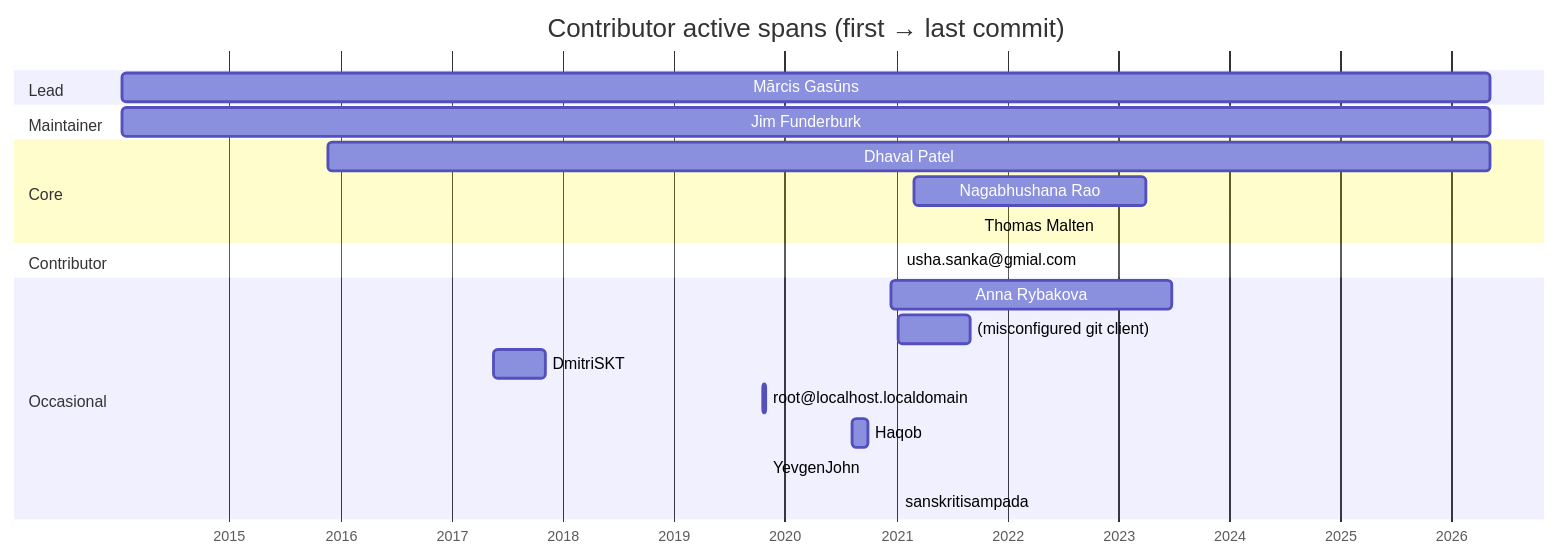
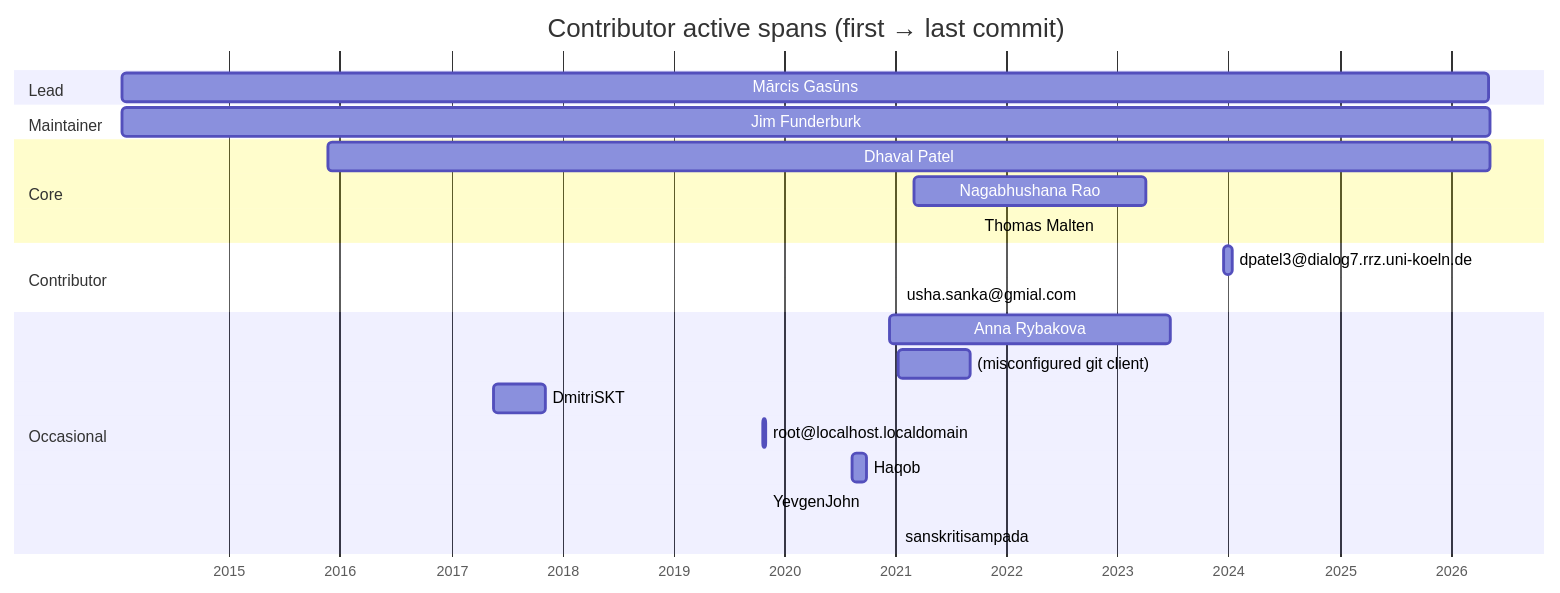
One commit to sanskrit-lexicon/csl-observatory changed the diagram in reports/timeline.md. Above: the diagram before and after it, drawn with Mermaid. The commit also changed other lines of this file and 11 other files, not shown here.

````diff
--- a/reports/timeline.md
+++ b/reports/timeline.md
@@ -7,24 +7,25 @@
 ```mermaid
 gantt
     title Contributor active spans (first → last commit)
     dateFormat YYYY-MM-DD
     axisFormat %Y
     section Lead
-    Mārcis Gasūns :2014-01-14, 2026-05-07
+    Mārcis Gasūns :2014-01-14, 2026-05-08
     section Maintainer
-    Jim Funderburk :2014-01-15, 2026-05-06
+    Jim Funderburk :2014-01-15, 2026-05-09
     section Core
-    Dhaval Patel :2015-11-24, 2026-05-06
+    Dhaval Patel :2015-11-24, 2026-05-11
     Nagabhushana Rao :2021-03-01, 2023-04-03
     Thomas Malten :2021-09-26, 2021-09-26
     section Contributor
+    dpatel3@dialog7.rrz.uni-koeln.de :2023-12-15, 2024-01-12
     usha.sanka@gmial.com :2021-01-13, 2021-01-13
     section Occasional
     Anna Rybakova :2020-12-15, 2023-06-25
     (misconfigured git client) :2021-01-09, 2021-09-03
     DmitriSKT :2017-05-18, 2017-11-05
     root@localhost.localdomain :2019-10-21, 2019-10-31
     Haqob :2020-08-11, 2020-09-30
     YevgenJohn :2019-10-31, 2019-10-31
     sanskritisampada :2021-01-10, 2021-01-10
 ```
````
